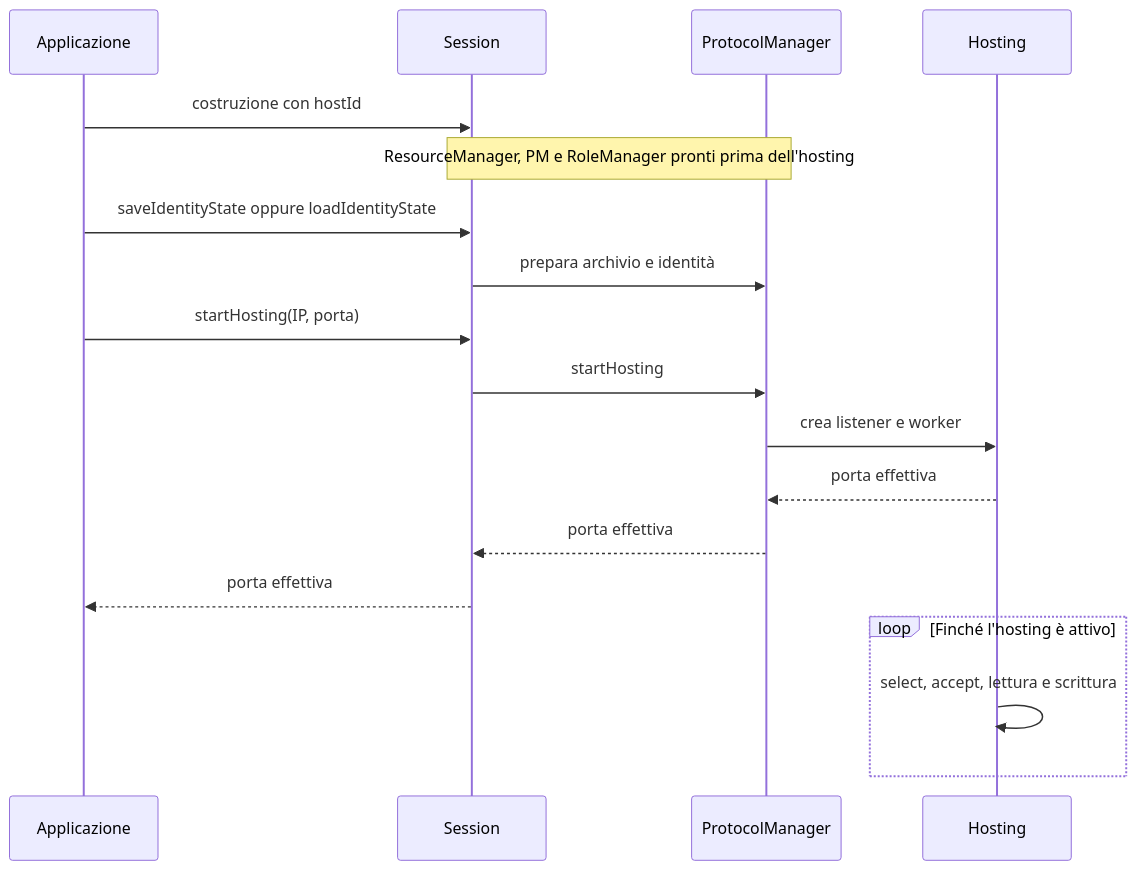
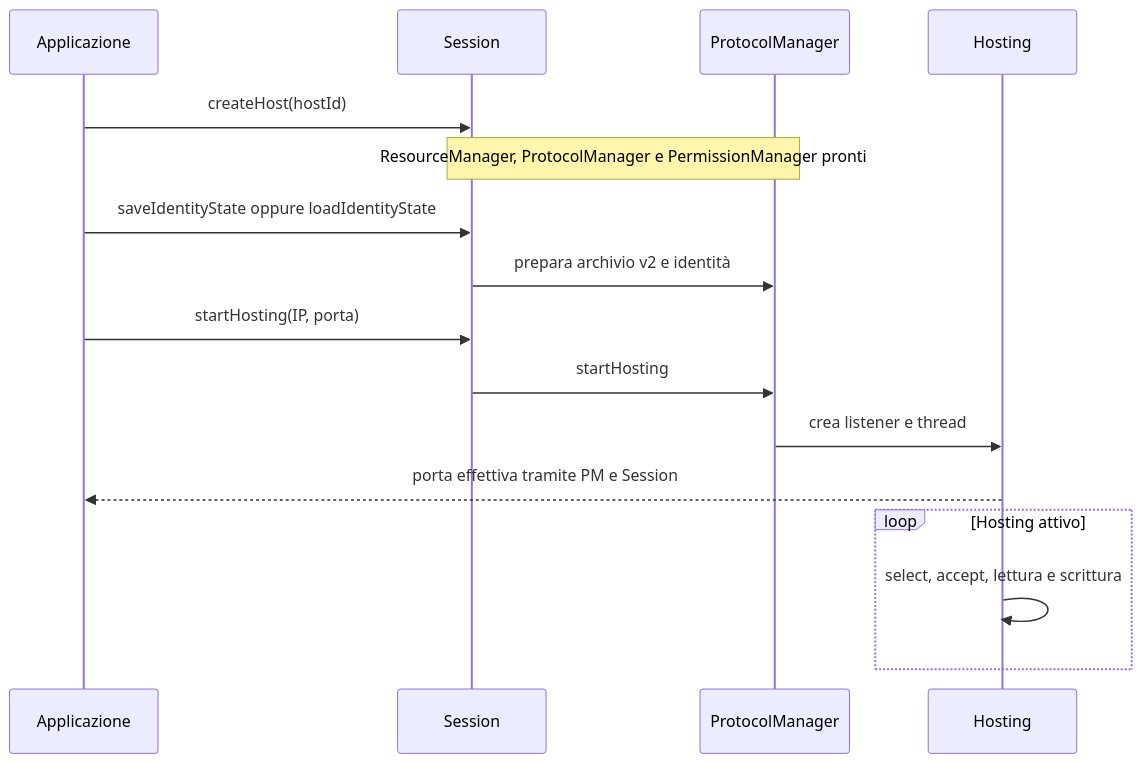
Before and after one commit to ForzaElettromotrice/GolarionHelper: the second of 8 diagrams in .context/session-flows.md, drawn with Mermaid. The commit also changed other lines of this file and 59 other files, not shown here.

````diff
--- a/.context/session-flows.md
+++ b/.context/session-flows.md
@@ -55,20 +41,18 @@
 ```mermaid
 sequenceDiagram
     participant App as Applicazione
     participant S as Session
     participant PM as ProtocolManager
     participant H as Hosting
-    App->>S: costruzione con hostId
-    Note over S,PM: ResourceManager, PM e RoleManager pronti prima dell'hosting
+    App->>S: createHost(hostId)
+    Note over S,PM: ResourceManager, ProtocolManager e PermissionManager pronti
     App->>S: saveIdentityState oppure loadIdentityState
-    S->>PM: prepara archivio e identità
+    S->>PM: prepara archivio v2 e identità
     App->>S: startHosting(IP, porta)
     S->>PM: startHosting
-    PM->>H: crea listener e worker
-    H-->>PM: porta effettiva
-    PM-->>S: porta effettiva
-    S-->>App: porta effettiva
-    loop Finché l'hosting è attivo
+    PM->>H: crea listener e thread
+    H-->>App: porta effettiva tramite PM e Session
+    loop Hosting attivo
         H->>H: select, accept, lettura e scrittura
     end
 ```
````
